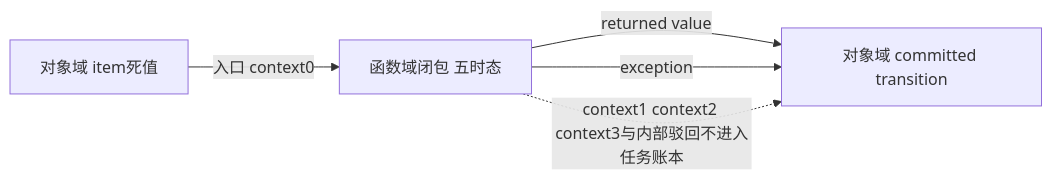
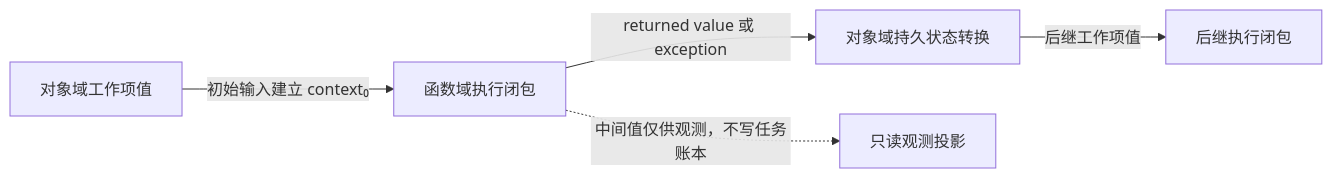
One commit to mouriya-s-lab/coder-loop changed the first of 5 diagrams in v3-issue/B.md. Above: the diagram before and after it, drawn with Mermaid. The commit also changed other lines of this file and 2 other files, not shown here.

````diff
--- a/v3-issue/B.md
+++ b/v3-issue/B.md
@@ -136,7 +135,7 @@
 ```mermaid
 flowchart LR
-    O1[对象域 item死值] -->|入口 context0| F[函数域闭包 五时态]
-    F -->|returned value| O2[对象域 committed transition]
-    F -->|exception| O2
-    F -. context1 context2 context3与内部驳回不进入任务账本 .-> O2
+    O[对象域工作项值] -->|初始输入建立 context₀| F[函数域执行闭包]
+    F -->|returned value 或 exception| T[对象域持久状态转换]
+    T -->|后继工作项值| N[后继执行闭包]
+    F -.->|中间值仅供观测，不写任务账本| V[只读观测投影]
 ```
````
